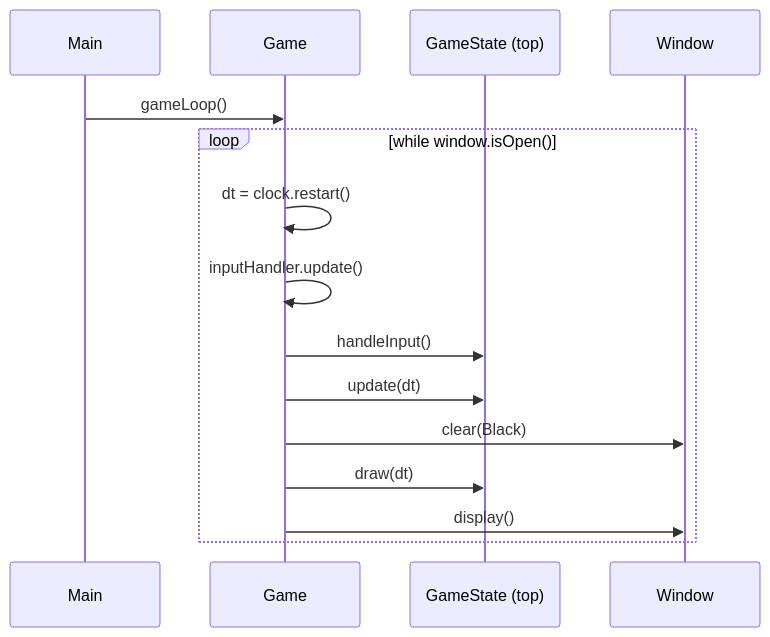
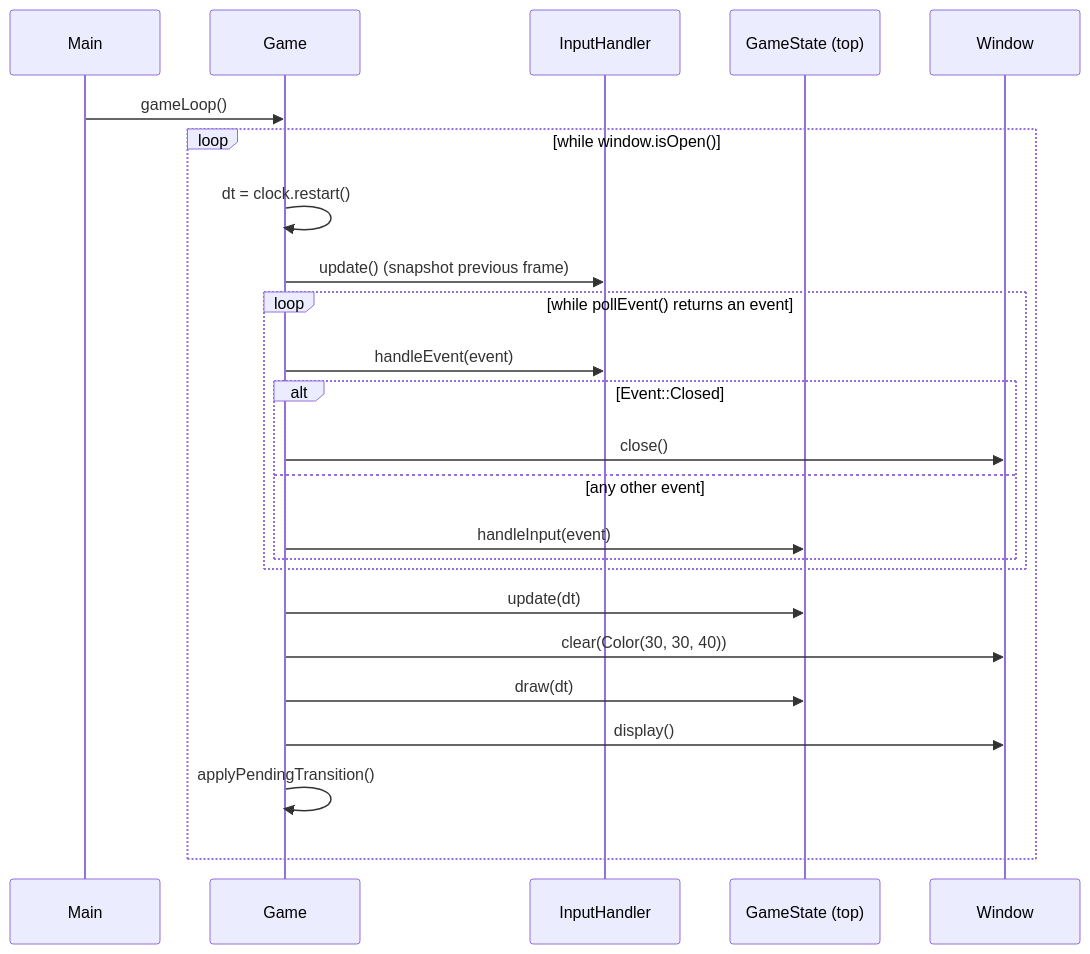
One commit to LeoMart12345/IsometricSFMLgame changed the second of 6 diagrams in docs/ARCHITECTURE.md. Above: the diagram before and after it, drawn with Mermaid. The commit also changed other lines of this file and 2 other files, not shown here.

First line of the commit message:
docs: document the new layout, build steps and architecture

````diff
--- a/docs/ARCHITECTURE.md
+++ b/docs/ARCHITECTURE.md
@@ -107,18 +140,27 @@
 ```mermaid
 sequenceDiagram
     participant Main
     participant Game
+    participant Input as InputHandler
     participant State as GameState (top)
     participant Window
 
     Main->>Game: gameLoop()
     loop while window.isOpen()
         Game->>Game: dt = clock.restart()
-        Game->>Game: inputHandler.update()
-        Game->>State: handleInput()
+        Game->>Input: update() (snapshot previous frame)
+        loop while pollEvent() returns an event
+            Game->>Input: handleEvent(event)
+            alt Event::Closed
+                Game->>Window: close()
+            else any other event
+                Game->>State: handleInput(event)
+            end
+        end
         Game->>State: update(dt)
-        Game->>Window: clear(Black)
+        Game->>Window: clear(Color(30, 30, 40))
         Game->>State: draw(dt)
         Game->>Window: display()
+        Game->>Game: applyPendingTransition()
     end
 ```
````
